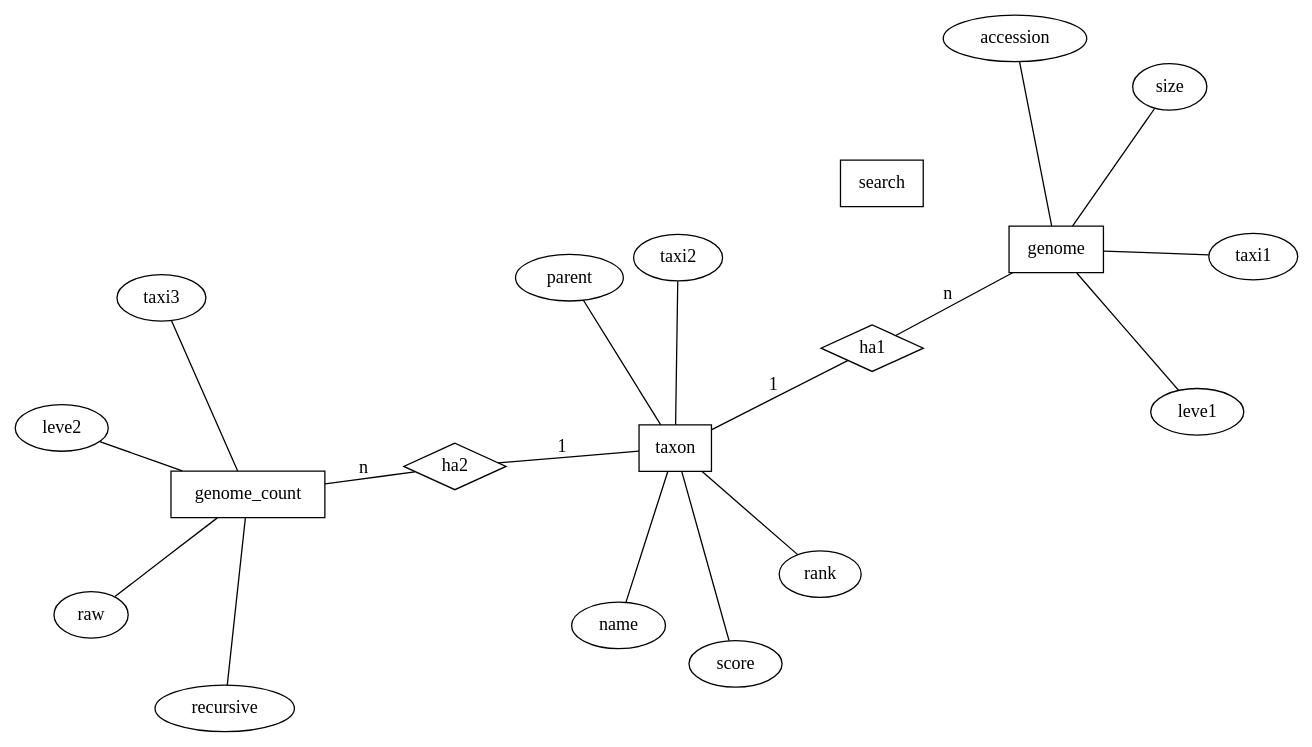
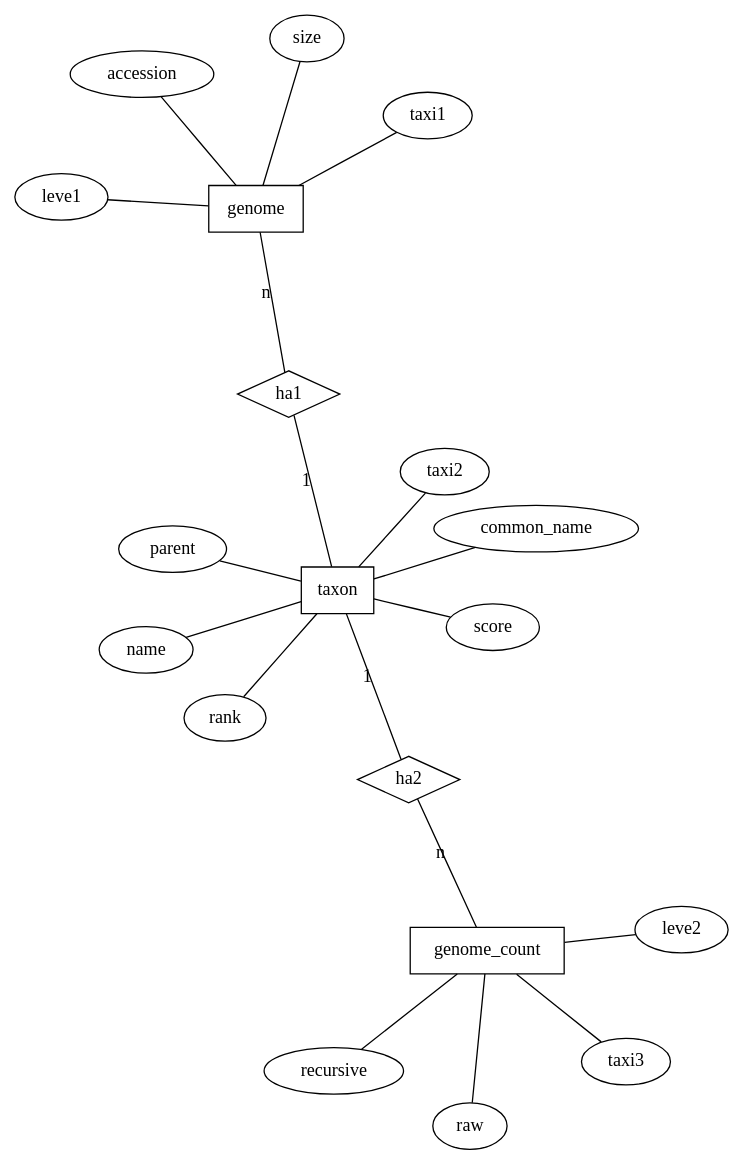
One commit to EvolBioInf/neighbors changed the diagram in doc/db.dot. Above: the diagram before and after it, drawn with Graphviz. The commit also changed 8 other files, not shown here.

First line of the commit message:
Added taxon.common_name

```diff
--- a/doc/db.dot
+++ b/doc/db.dot
@@ -1,31 +1,32 @@
 graph ER {
 layout=neato
 overlap=scale
 // entities
-node [shape=box]; taxon; genome; genome_count; search
+node [shape=box]; taxon; genome; genome_count
 // attributes
-node [shape=ellipse] accession; size; parent; name; rank; raw; recursive; leve1; leve2; taxi1; taxi2; taxi3; score
+node [shape=ellipse] accession; size; parent; name; common_name; rank; raw; recursive; leve1; leve2; taxi1; taxi2; taxi3; score
 // relations
 node [shape=diamond] ha1; ha2;
 
 genome -- leve1
 genome -- accession
 genome -- size
 genome -- taxi1
 genome -- ha1 [label="n"]
 
 taxon -- taxi2 
 taxon -- parent
 taxon -- name
+taxon -- common_name
 taxon -- rank
 taxon -- score
 taxon -- ha1 [label="1"]
 taxon -- ha2 [label="1"]
 
 genome_count -- taxi3
 genome_count -- raw
 genome_count -- recursive
 genome_count -- leve2
 genome_count -- ha2 [label="n"]
 
 }
```
